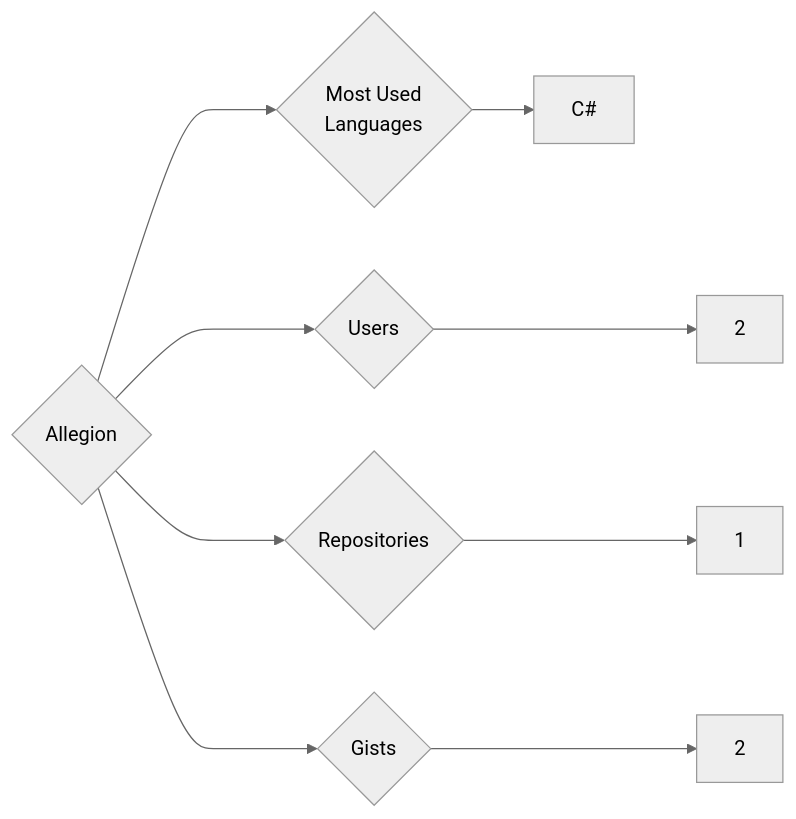
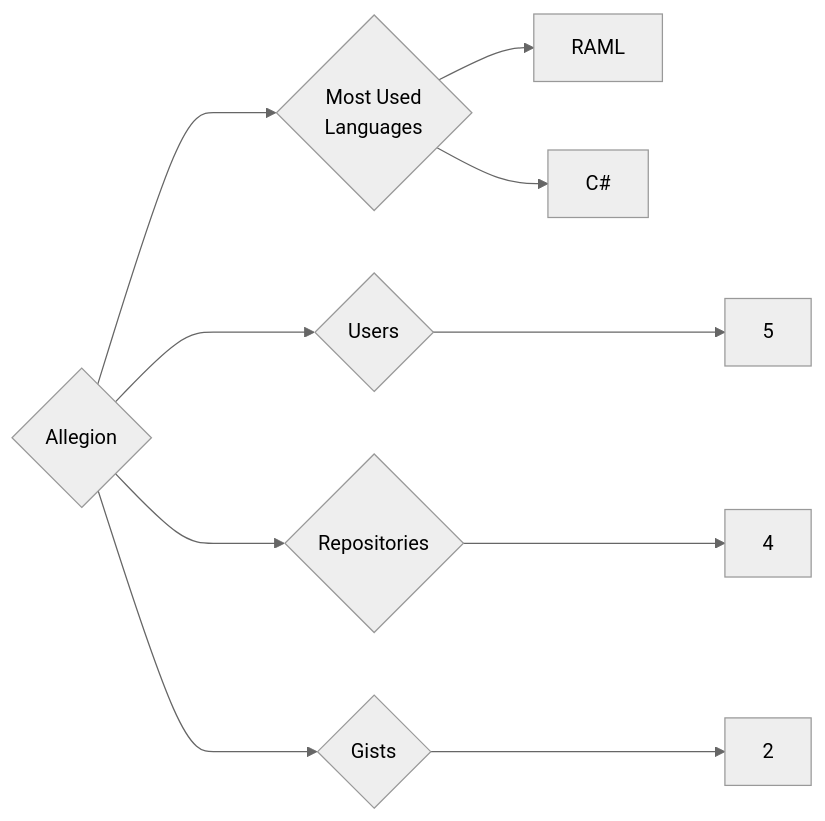
The diagram in targets/Allegion/README.md (trickest/insiders), drawn with Mermaid (neutral theme) before and after one commit. The commit also changed 776 other files, not shown here.

````diff
--- a/targets/Allegion/README.md
+++ b/targets/Allegion/README.md
@@ -3,9 +3,10 @@
 ```mermaid
 graph LR
 COMPANY_NAME{Allegion}
-COMPANY_NAME ---> U{Users} ---> UN[2]
-COMPANY_NAME ---> R{Repositories} ---> RN[1]
+COMPANY_NAME ---> U{Users} ---> UN[5]
+COMPANY_NAME ---> R{Repositories} ---> RN[4]
 COMPANY_NAME ---> G{Gists} ---> GN[2]
 COMPANY_NAME ---> ML{Most Used<br>Languages}
+ML --> RAML[RAML]
 ML --> C#[C#]
 ```
````
